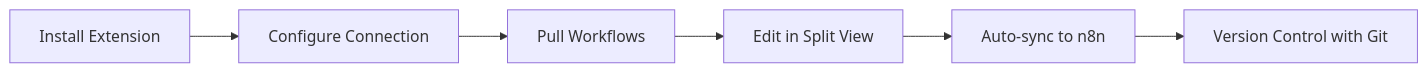
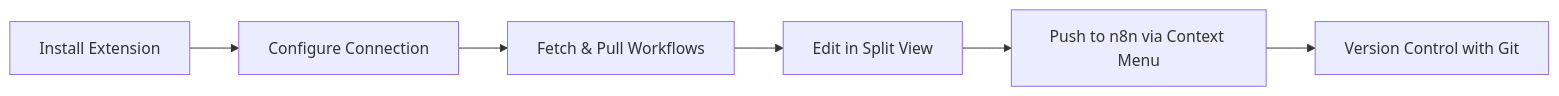
One commit to imperius361/n8n-as-code changed the first of 2 diagrams in docs/docs/usage/index.md. Above: the diagram before and after it, drawn with Mermaid. The commit also changed other lines of this file and 10 other files, not shown here.

Commit message:
docs: update documentation to reflect git-like sync operations and architecture changes

````diff
--- a/docs/docs/usage/index.md
+++ b/docs/docs/usage/index.md
@@ -44,8 +44,8 @@
 ```mermaid
 graph LR
     A[Install Extension] --> B[Configure Connection]
-    B --> C[Pull Workflows]
+    B --> C[Fetch & Pull Workflows]
     C --> D[Edit in Split View]
-    D --> E[Auto-sync to n8n]
+    D --> E[Push to n8n via Context Menu]
     E --> F[Version Control with Git]
 ```
````
